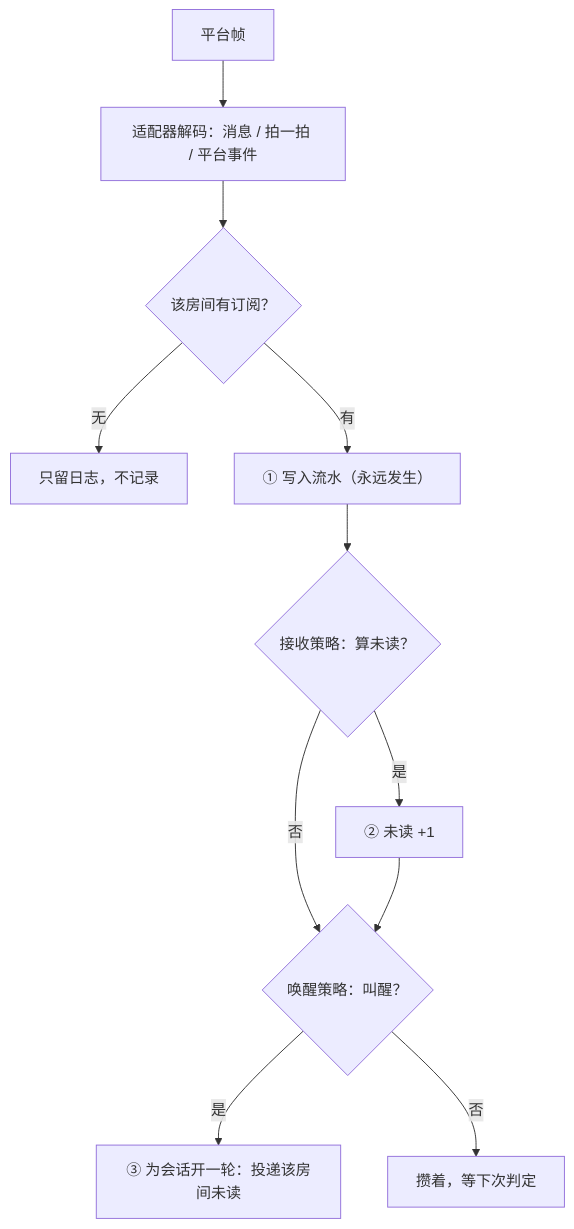
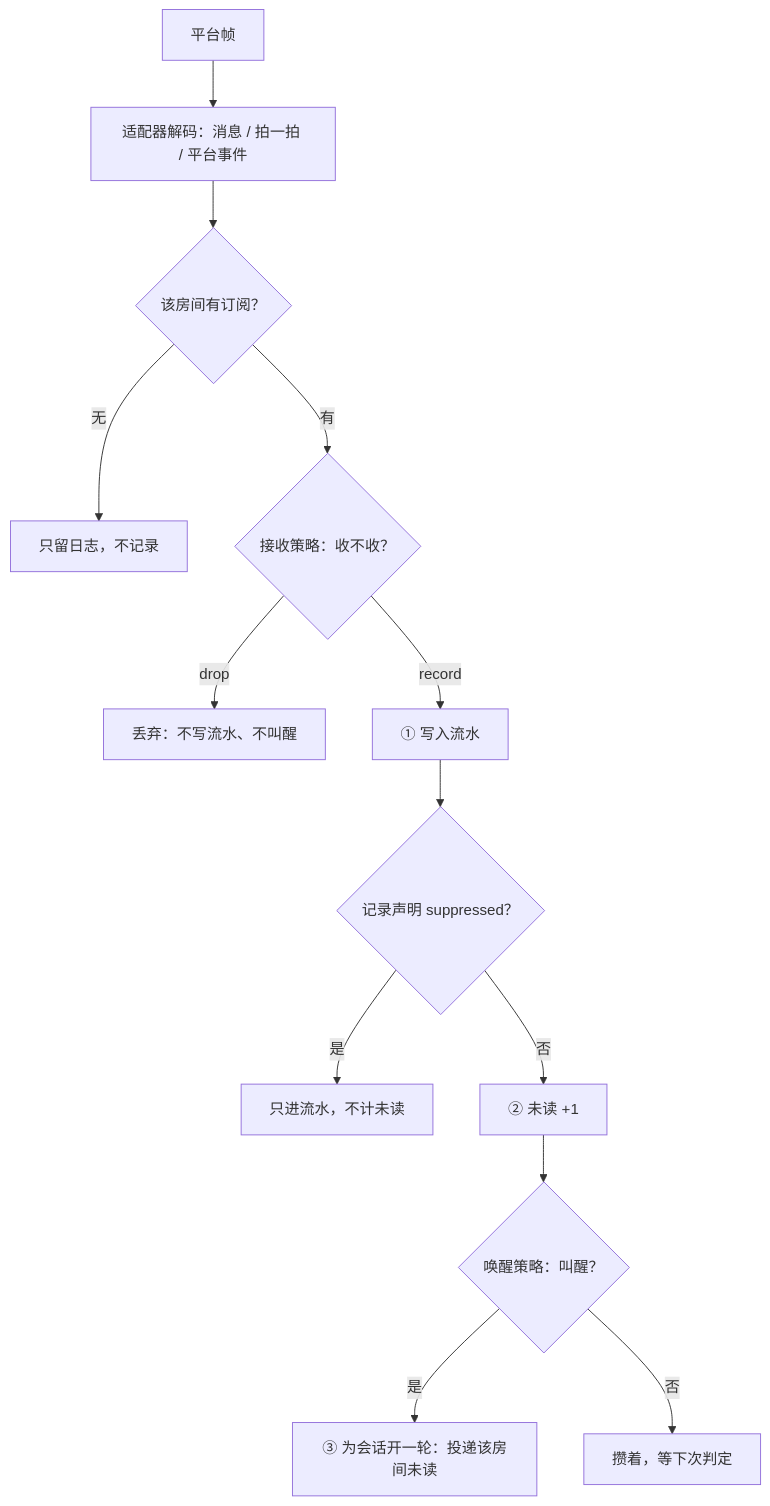
One commit to DataEraserC/AgentChatBridge changed the second of 3 diagrams in docs/03-architecture.md. Above: the diagram before and after it, drawn with Mermaid. The commit also changed other lines of this file and 17 other files, not shown here.

````diff
--- a/docs/03-architecture.md
+++ b/docs/03-architecture.md
@@ -42,13 +42,15 @@
 ```mermaid
 flowchart TD
     F["平台帧"] --> D["适配器解码：消息 / 拍一拍 / 平台事件"]
     D --> S{"该房间有订阅？"}
     S -->|"无"| L["只留日志，不记录"]
-    S -->|"有"| T["① 写入流水（永远发生）"]
-    T --> R{"接收策略：算未读？"}
-    R -->|"是"| U["② 未读 +1"]
-    R -->|"否"| W
+    S -->|"有"| R{"接收策略：收不收？"}
+    R -->|"drop"| X["丢弃：不写流水、不叫醒"]
+    R -->|"record"| T["① 写入流水"]
+    T --> P{"记录声明 suppressed？"}
+    P -->|"是"| Q["只进流水，不计未读"]
+    P -->|"否"| U["② 未读 +1"]
     U --> W{"唤醒策略：叫醒？"}
     W -->|"是"| TURN["③ 为会话开一轮：投递该房间未读"]
-    W -->|"否"| Q["攒着，等下次判定"]
+    W -->|"否"| Q2["攒着，等下次判定"]
 ```
````
